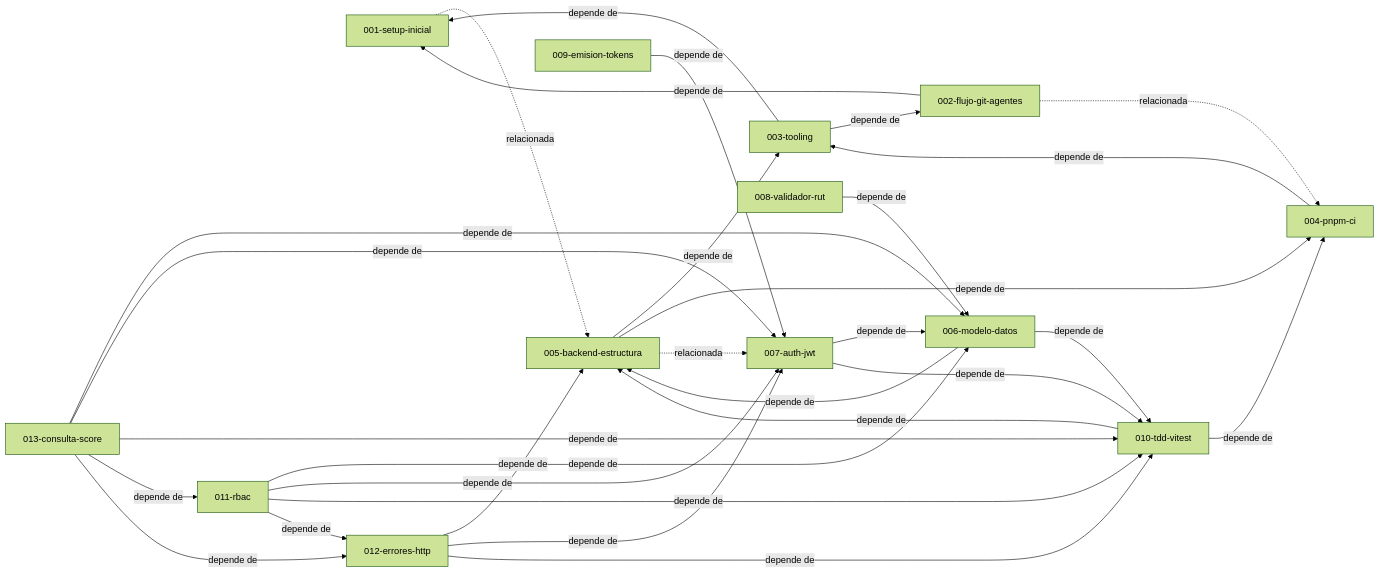
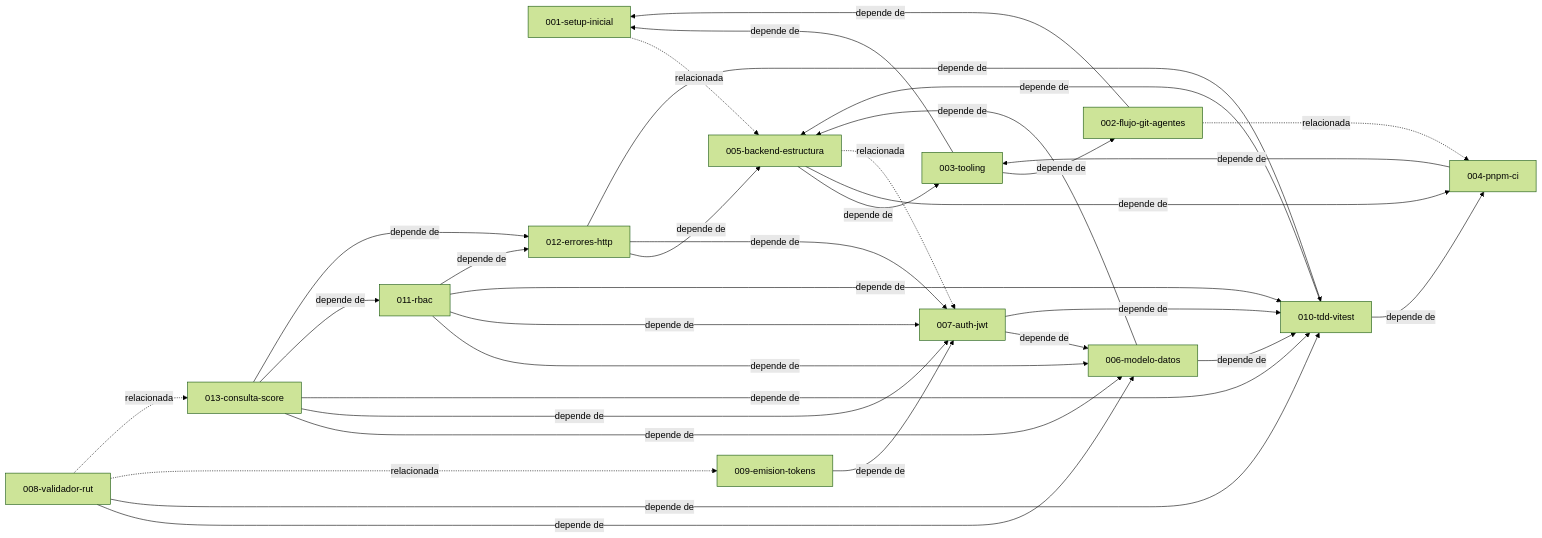
Before and after one commit to DavidSlva/financial-risk-manager: the diagram in docs/specs/README.md, drawn with Mermaid (forest theme). The commit also changed other lines of this file and 6 other files, not shown here.

````diff
--- a/docs/specs/README.md
+++ b/docs/specs/README.md
@@ -25,45 +25,48 @@
 ```mermaid
 graph LR
   S001[001-setup-inicial]
   S002[002-flujo-git-agentes]
   S003[003-tooling]
   S004[004-pnpm-ci]
   S005[005-backend-estructura]
   S006[006-modelo-datos]
   S007[007-auth-jwt]
   S008[008-validador-rut]
   S009[009-emision-tokens]
   S010[010-tdd-vitest]
   S011[011-rbac]
   S012[012-errores-http]
   S013[013-consulta-score]
   S001 -.->|relacionada| S005
   S002 -->|depende de| S001
   S002 -.->|relacionada| S004
   S003 -->|depende de| S001
   S003 -->|depende de| S002
   S004 -->|depende de| S003
   S005 -->|depende de| S003
   S005 -->|depende de| S004
   S005 -.->|relacionada| S007
   S006 -->|depende de| S005
   S006 -->|depende de| S010
   S007 -->|depende de| S006
   S007 -->|depende de| S010
   S008 -->|depende de| S006
+  S008 -->|depende de| S010
+  S008 -.->|relacionada| S009
+  S008 -.->|relacionada| S013
   S009 -->|depende de| S007
   S010 -->|depende de| S004
   S010 -->|depende de| S005
   S011 -->|depende de| S006
   S011 -->|depende de| S007
   S011 -->|depende de| S010
   S011 -->|depende de| S012
   S012 -->|depende de| S005
   S012 -->|depende de| S007
   S012 -->|depende de| S010
   S013 -->|depende de| S006
   S013 -->|depende de| S007
   S013 -->|depende de| S010
   S013 -->|depende de| S011
   S013 -->|depende de| S012
 ```
````
